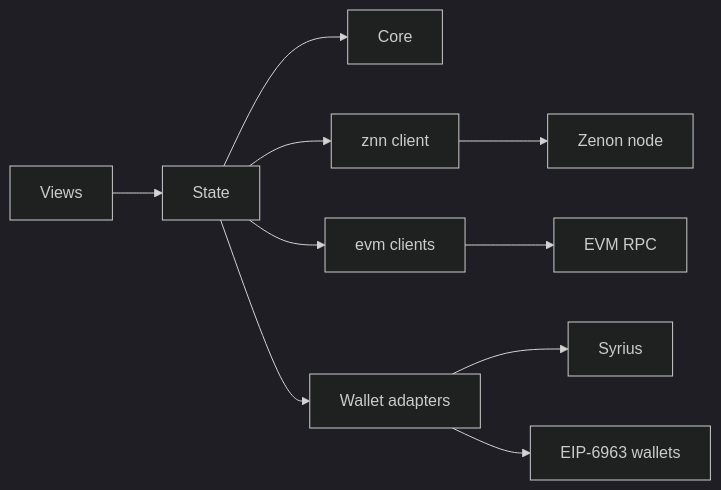
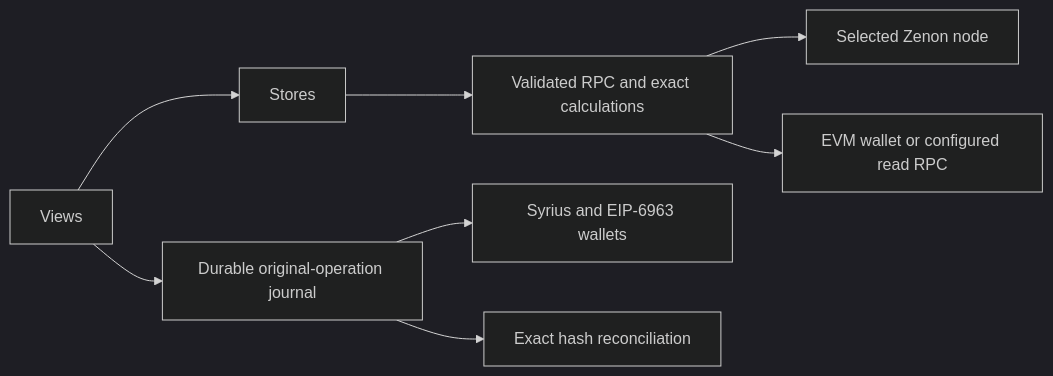
Before and after one commit to edgepillar/bridge.mainnet.zenon.community: the diagram in docs/ARCHITECTURE.md, drawn with Mermaid (dark theme). The commit also changed other lines of this file and 83 other files, not shown here.

````diff
--- a/docs/ARCHITECTURE.md
+++ b/docs/ARCHITECTURE.md
@@ -7,12 +5,10 @@
 ```mermaid
 flowchart LR
-  views[Views] --> state[State]
-  state --> core[Core]
-  state --> znn[znn client]
-  state --> evm[evm clients]
-  state --> wallets[Wallet adapters]
-  znn --> node[Zenon node]
-  evm --> rpc[EVM RPC]
-  wallets --> syrius[Syrius]
-  wallets --> injected[EIP-6963 wallets]
+  Views --> Stores
+  Stores --> Validation[Validated RPC and exact calculations]
+  Validation --> Zenon[Selected Zenon node]
+  Validation --> EVM[EVM wallet or configured read RPC]
+  Views --> Journal[Durable original-operation journal]
+  Journal --> Wallets[Syrius and EIP-6963 wallets]
+  Journal --> Recovery[Exact hash reconciliation]
 ```
````
